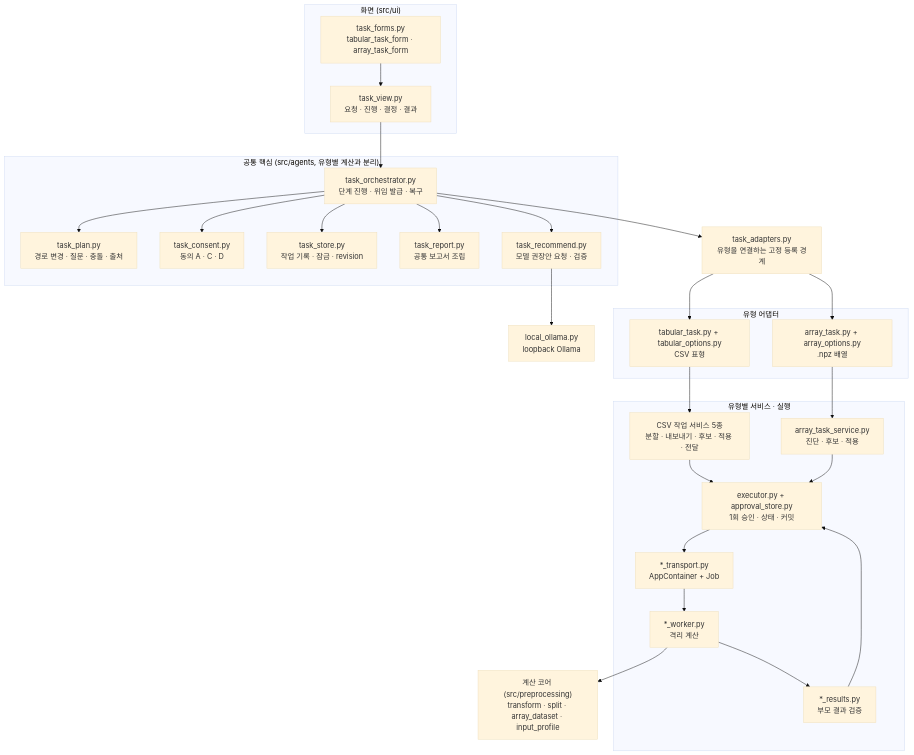
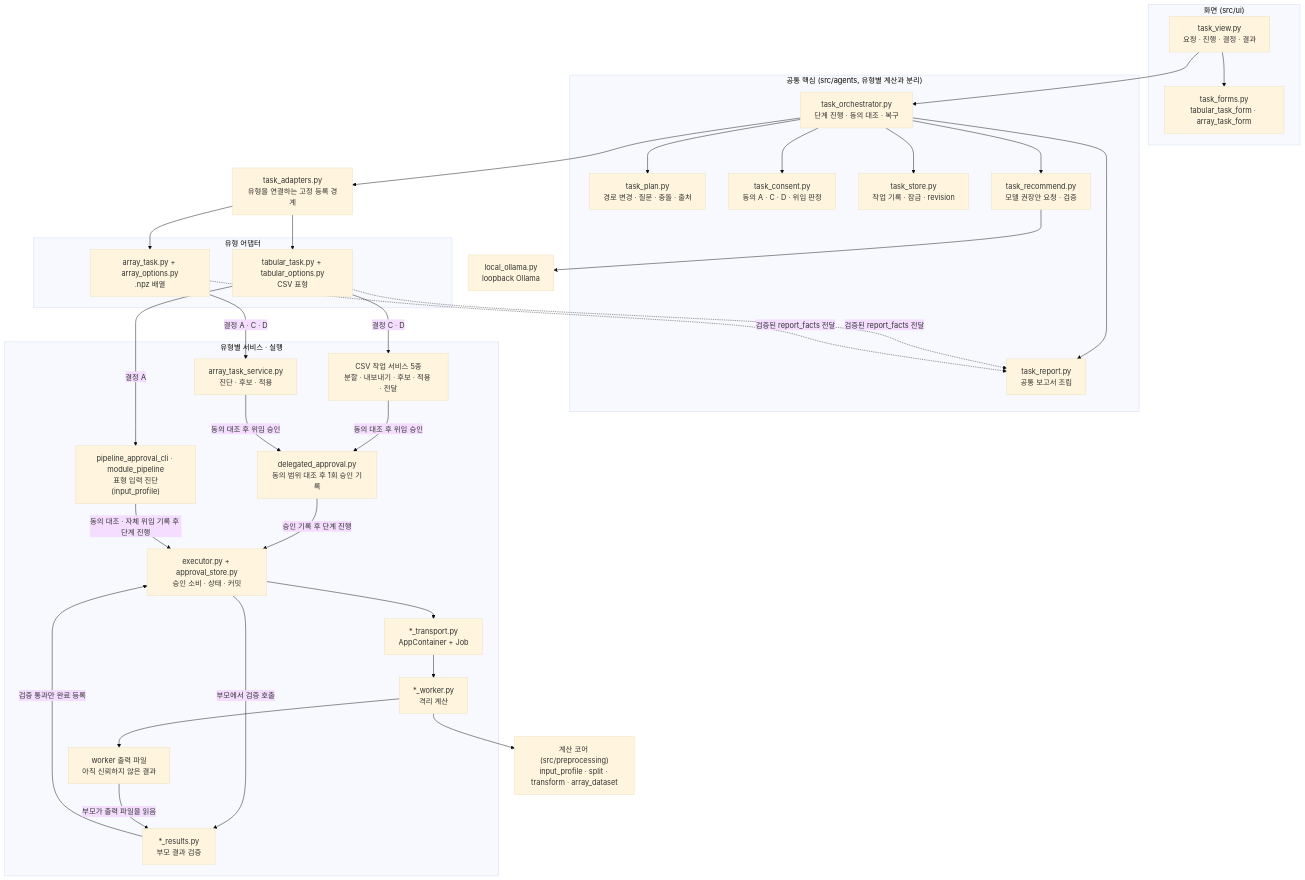
One commit to didgustmd23/waferguard changed the second of 3 diagrams in docs/agents/DESIGN.md. Above: the diagram before and after it, drawn with Mermaid (base theme). The commit also changed other lines of this file and 2 other files, not shown here.

Commit message:
docs: 전처리 에이전트 설계 및 사용 안내 문서 업데이트
- 전처리 에이전트의 구성도 및 실행 경로 설명을 개선함
- 동의 대조 및 위임 판정 관련 내용을 추가함
- 외부 접속 차단 및 loopback 검증 관련 사항을 명확히 함
- 배열 작업의 정상 실행 및 검증 범위에 대한 설명을 보강함

````diff
--- a/docs/agents/DESIGN.md
+++ b/docs/agents/DESIGN.md
@@ -54,45 +54,55 @@
 ```mermaid
 flowchart TB
     subgraph UI["화면 (src/ui)"]
         TV["task_view.py<br/>요청 · 진행 · 결정 · 결과"]
         FM["task_forms.py<br/>tabular_task_form · array_task_form"]
     end
 
     subgraph CORE["공통 핵심 (src/agents, 유형별 계산과 분리)"]
-        OR["task_orchestrator.py<br/>단계 진행 · 위임 발급 · 복구"]
+        OR["task_orchestrator.py<br/>단계 진행 · 동의 대조 · 복구"]
         PL["task_plan.py<br/>경로 변경 · 질문 · 충돌 · 출처"]
-        CS["task_consent.py<br/>동의 A · C · D"]
+        CS["task_consent.py<br/>동의 A · C · D · 위임 판정"]
         ST["task_store.py<br/>작업 기록 · 잠금 · revision"]
         RC["task_recommend.py<br/>모델 권장안 요청 · 검증"]
         RP["task_report.py<br/>공통 보고서 조립"]
     end
 
     RG["task_adapters.py<br/>유형을 연결하는 고정 등록 경계"]
 
     subgraph AD["유형 어댑터"]
         TA["tabular_task.py + tabular_options.py<br/>CSV 표형"]
         AA["array_task.py + array_options.py<br/>.npz 배열"]
     end
 
     subgraph SV["유형별 서비스 · 실행"]
+        DG["pipeline_approval_cli · module_pipeline<br/>표형 입력 진단(input_profile)"]
         CSV["CSV 작업 서비스 5종<br/>분할 · 내보내기 · 후보 · 적용 · 전달"]
         ARR["array_task_service.py<br/>진단 · 후보 · 적용"]
-        EX["executor.py + approval_store.py<br/>1회 승인 · 상태 · 커밋"]
+        DA["delegated_approval.py<br/>동의 범위 대조 후 1회 승인 기록"]
+        EX["executor.py + approval_store.py<br/>승인 소비 · 상태 · 커밋"]
         TR["*_transport.py<br/>AppContainer + Job"]
         WK["*_worker.py<br/>격리 계산"]
+        OUT["worker 출력 파일<br/>아직 신뢰하지 않은 결과"]
         RS["*_results.py<br/>부모 결과 검증"]
     end
 
-    CALC["계산 코어 (src/preprocessing)<br/>transform · split · array_dataset · input_profile"]
+    CALC["계산 코어 (src/preprocessing)<br/>input_profile · split · transform · array_dataset"]
     OL["local_ollama.py<br/>loopback Ollama"]
 
     TV --> OR
-    FM --> TV
+    TV --> FM
     OR --> PL & CS & ST & RP
     OR --> RC --> OL
     OR --> RG --> TA & AA
-    TA --> CSV
-    AA --> ARR
-    CSV & ARR --> EX --> TR --> WK --> CALC
-    WK --> RS --> EX
+    TA -->|결정 A| DG
+    TA -->|결정 C · D| CSV
+    AA -->|결정 A · C · D| ARR
+    CSV & ARR -->|동의 대조 후 위임 승인| DA -->|승인 기록 후 단계 진행| EX
+    DG -->|동의 대조 · 자체 위임 기록 후 단계 진행| EX
+    EX --> TR --> WK --> CALC
+    WK --> OUT
+    EX -->|부모에서 검증 호출| RS
+    OUT -->|부모가 출력 파일을 읽음| RS
+    RS -->|검증 통과만 완료 등록| EX
+    TA & AA -.->|검증된 report_facts 전달| RP
 ```
````
